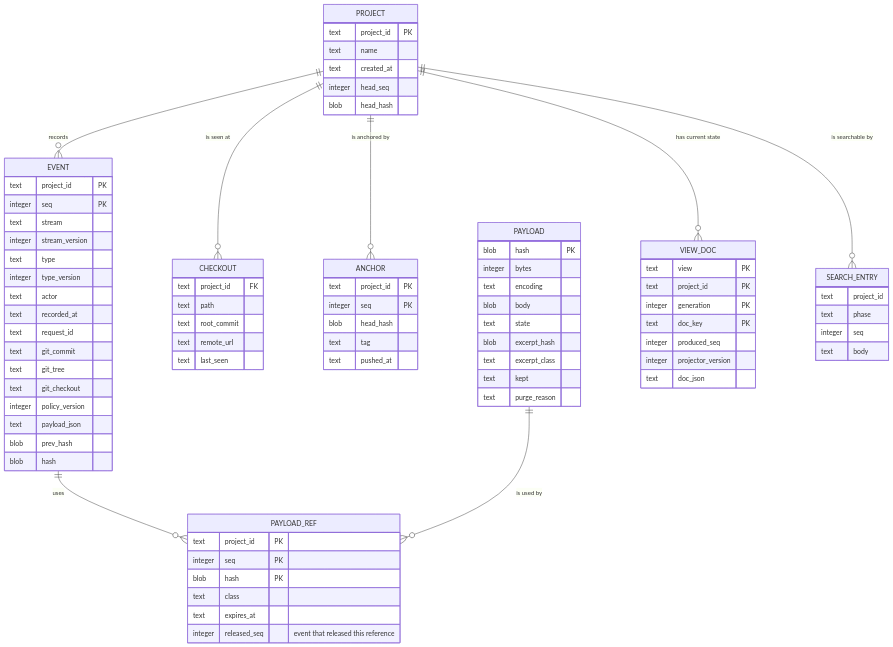
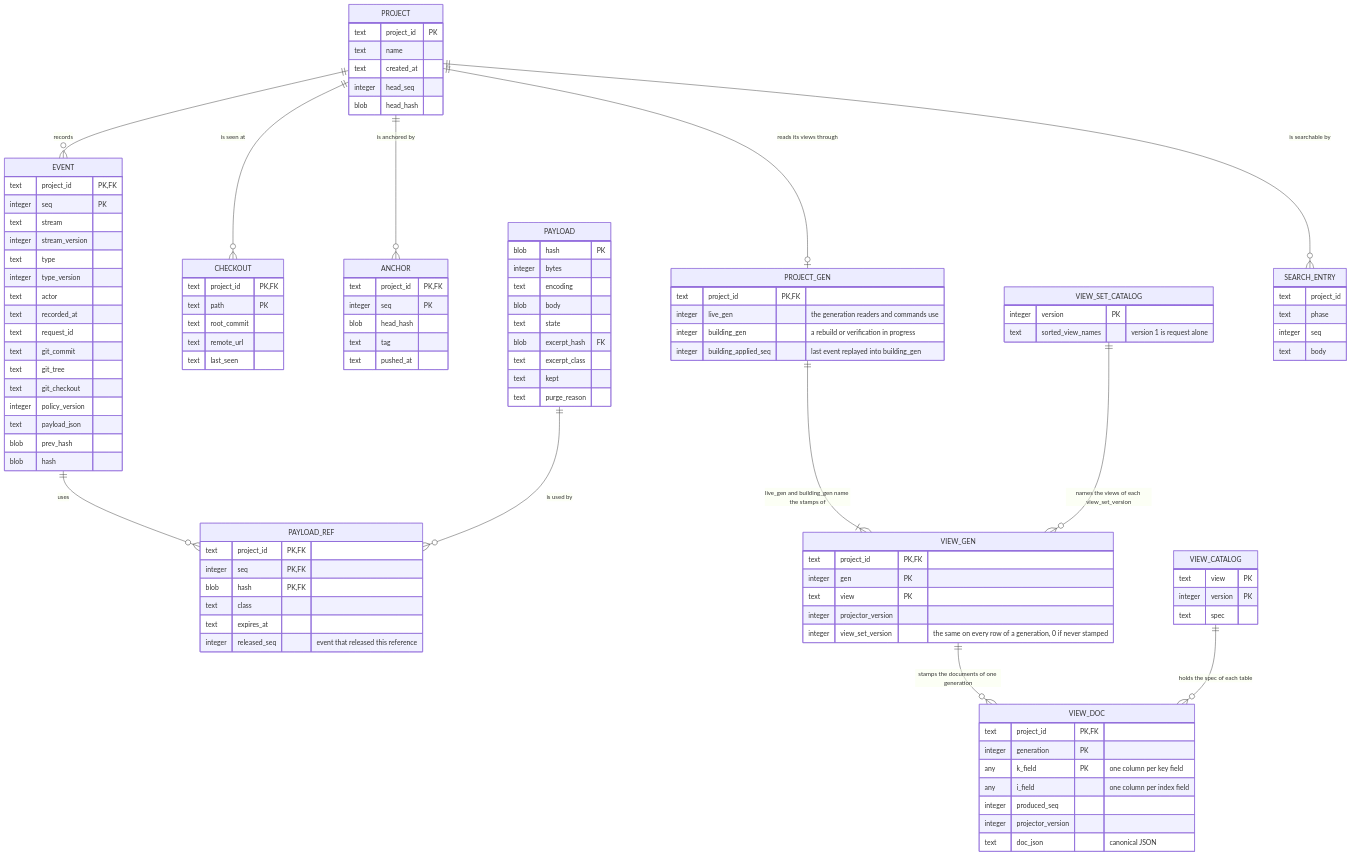
Before and after one commit to crenshawdev/baley: the tenth of 12 diagrams in docs/design/0001-evidence-ledger.md, drawn with Mermaid. The commit also changed other lines of this file and 12 other files, not shown here.

First line of the commit message:
feat(sqlite): rebuild and verify views in generations that flip together

```diff
--- a/docs/design/0001-evidence-ledger.md
+++ b/docs/design/0001-evidence-ledger.md
@@ -593,7 +676,11 @@
   PROJECT ||--o{ ANCHOR : "is anchored by"
   EVENT ||--o{ PAYLOAD_REF : "uses"
   PAYLOAD ||--o{ PAYLOAD_REF : "is used by"
-  PROJECT ||--o{ VIEW_DOC : "has current state"
+  PROJECT ||--o| PROJECT_GEN : "reads its views through"
+  PROJECT_GEN ||--|{ VIEW_GEN : "live_gen and building_gen name the stamps of"
+  VIEW_GEN ||--o{ VIEW_DOC : "stamps the documents of one generation"
+  VIEW_SET_CATALOG ||--o{ VIEW_GEN : "names the views of each view_set_version"
+  VIEW_CATALOG ||--o{ VIEW_DOC : "holds the spec of each table"
   PROJECT ||--o{ SEARCH_ENTRY : "is searchable by"
   PROJECT {
     text project_id PK
@@ -603,21 +690,21 @@
     blob head_hash
   }
   CHECKOUT {
-    text project_id FK
-    text path
+    text project_id PK, FK
+    text path PK
     text root_commit
     text remote_url
     text last_seen
   }
   ANCHOR {
-    text project_id PK
+    text project_id PK, FK
     integer seq PK
     blob head_hash
     text tag
     text pushed_at
   }
   EVENT {
-    text project_id PK
+    text project_id PK, FK
     integer seq PK
     text stream
     integer stream_version
@@ -640,27 +727,49 @@
     text encoding
     blob body
     text state
-    blob excerpt_hash
+    blob excerpt_hash FK
     text excerpt_class
     text kept
     text purge_reason
   }
   PAYLOAD_REF {
-    text project_id PK
-    integer seq PK
-    blob hash PK
+    text project_id PK, FK
+    integer seq PK, FK
+    blob hash PK, FK
     text class
     text expires_at
     integer released_seq "event that released this reference"
   }
+  PROJECT_GEN {
+    text project_id PK, FK
+    integer live_gen "the generation readers and commands use"
+    integer building_gen "a rebuild or verification in progress"
+    integer building_applied_seq "last event replayed into building_gen"
+  }
+  VIEW_GEN {
+    text project_id PK, FK
+    integer gen PK
+    text view PK
+    integer projector_version
+    integer view_set_version "the same on every row of a generation, 0 if never stamped"
+  }
+  VIEW_SET_CATALOG {
+    integer version PK
+    text sorted_view_names "version 1 is request alone"
+  }
+  VIEW_CATALOG {
+    text view PK
+    integer version PK
+    text spec
+  }
   VIEW_DOC {
-    text view PK
-    text project_id PK
+    text project_id PK, FK
     integer generation PK
-    text doc_key PK
+    any k_field PK "one column per key field"
+    any i_field "one column per index field"
     integer produced_seq
     integer projector_version
-    text doc_json
+    text doc_json "canonical JSON"
   }
   SEARCH_ENTRY {
     text project_id
```
